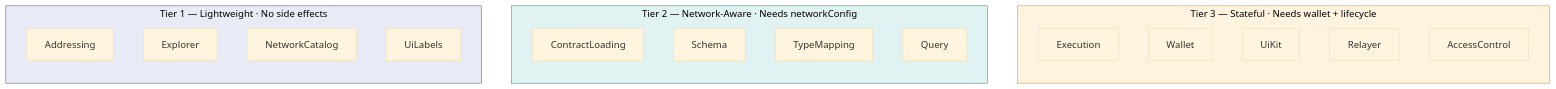
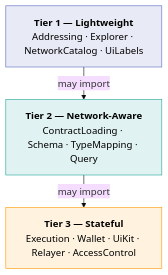
The second of 5 diagrams in content/tools/uikit/architecture.mdx (OpenZeppelin/docs), drawn with Mermaid (base theme) before and after one commit.

Commit message:
docs(uikit): fix capability tiers chart to be readable
Consolidate 13 individual capability nodes into 3 tier blocks that
list their capabilities inline. Avoids the squished side-by-side
subgraph layout and renders at full readable size.

````diff
--- a/content/tools/uikit/architecture.mdx
+++ b/content/tools/uikit/architecture.mdx
@@ -57,33 +57,13 @@
 ```mermaid
-flowchart LR
-  subgraph t1 ["Tier 1 — Lightweight · No side effects"]
-    direction TB
-    Addressing["Addressing"]
-    Explorer["Explorer"]
-    NetworkCatalog["NetworkCatalog"]
-    UiLabels["UiLabels"]
-  end
+%%{init: {'flowchart': {'nodeSpacing': 30, 'rankSpacing': 30}} }%%
+flowchart TD
+  T1["<b>Tier 1 — Lightweight</b><br/>Addressing · Explorer · NetworkCatalog · UiLabels"]
+  T2["<b>Tier 2 — Network-Aware</b><br/>ContractLoading · Schema · TypeMapping · Query"]
+  T3["<b>Tier 3 — Stateful</b><br/>Execution · Wallet · UiKit · Relayer · AccessControl"]
 
-  subgraph t2 ["Tier 2 — Network-Aware · Needs networkConfig"]
-    direction TB
-    ContractLoading["ContractLoading"]
-    Schema["Schema"]
-    TypeMapping["TypeMapping"]
-    Query["Query"]
-  end
+  T1 --"may import"--> T2 --"may import"--> T3
 
-  subgraph t3 ["Tier 3 — Stateful · Needs wallet + lifecycle"]
-    direction TB
-    Execution["Execution"]
-    Wallet["Wallet"]
-    UiKit["UiKit"]
-    Relayer["Relayer"]
-    AccessControl["AccessControl"]
-  end
-
-  t1 ~~~ t2 ~~~ t3
-
-  style t1 fill:#e8eaf6,stroke:#5c6bc0,color:#000
-  style t2 fill:#e0f2f1,stroke:#26a69a,color:#000
-  style t3 fill:#fff3e0,stroke:#ff9800,color:#000
+  style T1 fill:#e8eaf6,stroke:#5c6bc0,color:#000
+  style T2 fill:#e0f2f1,stroke:#26a69a,color:#000
+  style T3 fill:#fff3e0,stroke:#ff9800,color:#000
 ```
````
